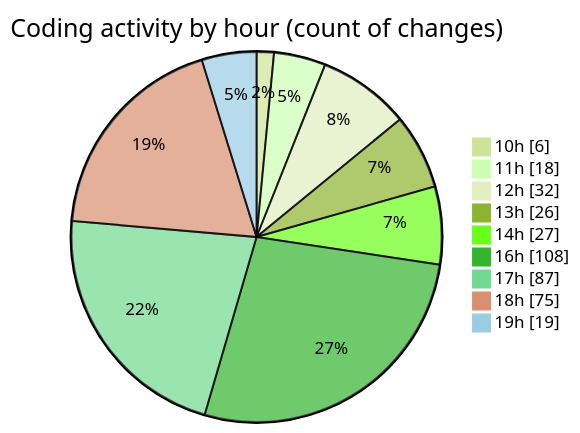
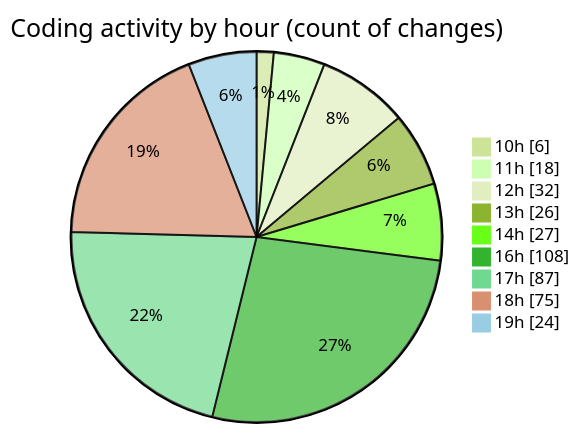
The second of 2 diagrams in 2026-09-03/cda/README.md (momahboobian/code-tracking), drawn with Mermaid (forest theme) before and after one commit. The commit also changed other lines of this file and 1 other file, not shown here.

````diff
--- a/2026-09-03/cda/README.md
+++ b/2026-09-03/cda/README.md
@@ -131,13 +136,13 @@
 ```mermaid
 pie showData
 title Coding activity by hour (count of changes)
 "10h" : 6
 "11h" : 18
 "12h" : 32
 "13h" : 26
 "14h" : 27
 "16h" : 108
 "17h" : 87
 "18h" : 75
-"19h" : 19
+"19h" : 24
 ```
````
